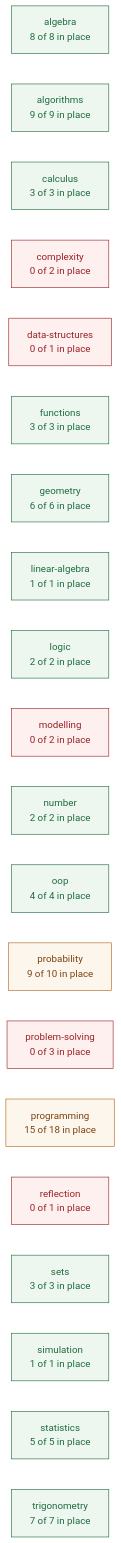
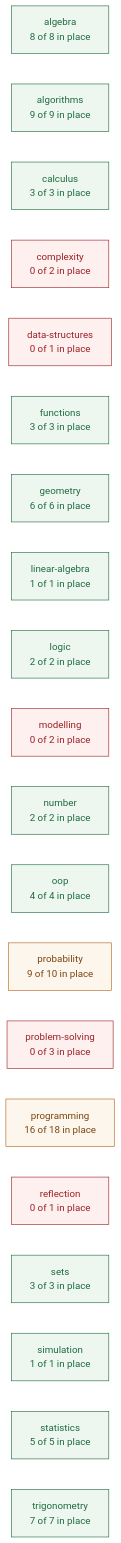
The first of 3 diagrams in planning/CURRICULUM_MAP.md (deweydex/dewlab), drawn with Mermaid (forest theme) before and after one commit. The commit also changed other lines of this file and 4 other files, not shown here.

````diff
--- a/planning/CURRICULUM_MAP.md
+++ b/planning/CURRICULUM_MAP.md
@@ -52,30 +52,30 @@
 ```mermaid
 graph LR
   algebra["algebra<br/>8 of 8 in place"]
   algorithms["algorithms<br/>9 of 9 in place"]
   calculus["calculus<br/>3 of 3 in place"]
   complexity["complexity<br/>0 of 2 in place"]
   data_structures["data-structures<br/>0 of 1 in place"]
   functions["functions<br/>3 of 3 in place"]
   geometry["geometry<br/>6 of 6 in place"]
   linear_algebra["linear-algebra<br/>1 of 1 in place"]
   logic["logic<br/>2 of 2 in place"]
   modelling["modelling<br/>0 of 2 in place"]
   number["number<br/>2 of 2 in place"]
   oop["oop<br/>4 of 4 in place"]
   probability["probability<br/>9 of 10 in place"]
   problem_solving["problem-solving<br/>0 of 3 in place"]
-  programming["programming<br/>15 of 18 in place"]
+  programming["programming<br/>16 of 18 in place"]
   reflection["reflection<br/>0 of 1 in place"]
   sets["sets<br/>3 of 3 in place"]
   simulation["simulation<br/>1 of 1 in place"]
   statistics["statistics<br/>5 of 5 in place"]
   trigonometry["trigonometry<br/>7 of 7 in place"]
 
   classDef full fill:#edf7f0,stroke:#1f6b3f,color:#1f6b3f;
   classDef part fill:#fdf6ec,stroke:#b5651d,color:#7a4310;
   classDef none fill:#fdf0ef,stroke:#9b2226,color:#9b2226;
   class algebra,algorithms,calculus,functions,geometry,linear_algebra,logic,number,oop,sets,simulation,statistics,trigonometry full;
   class probability,programming part;
   class complexity,data_structures,modelling,problem_solving,reflection none;
 ```
````
